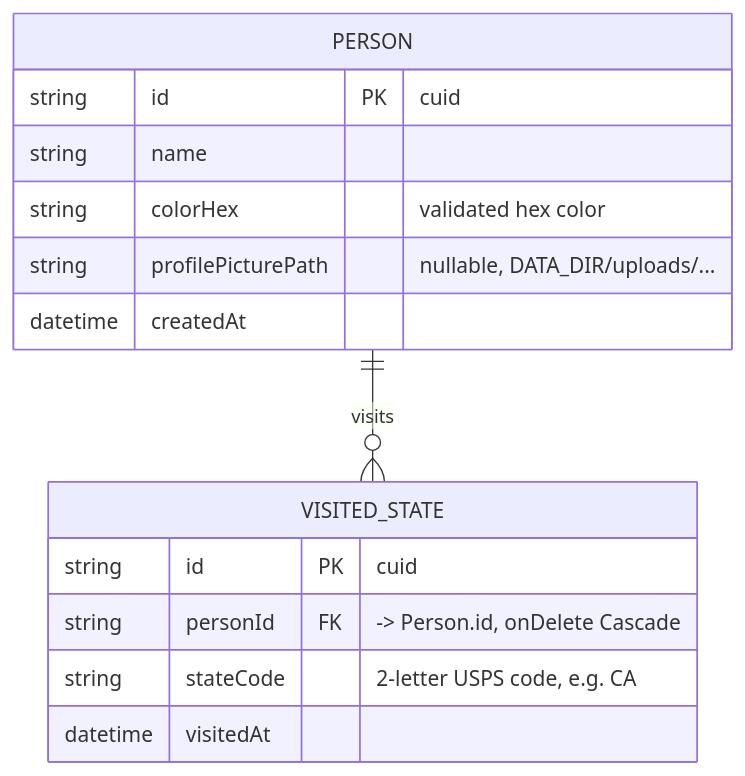
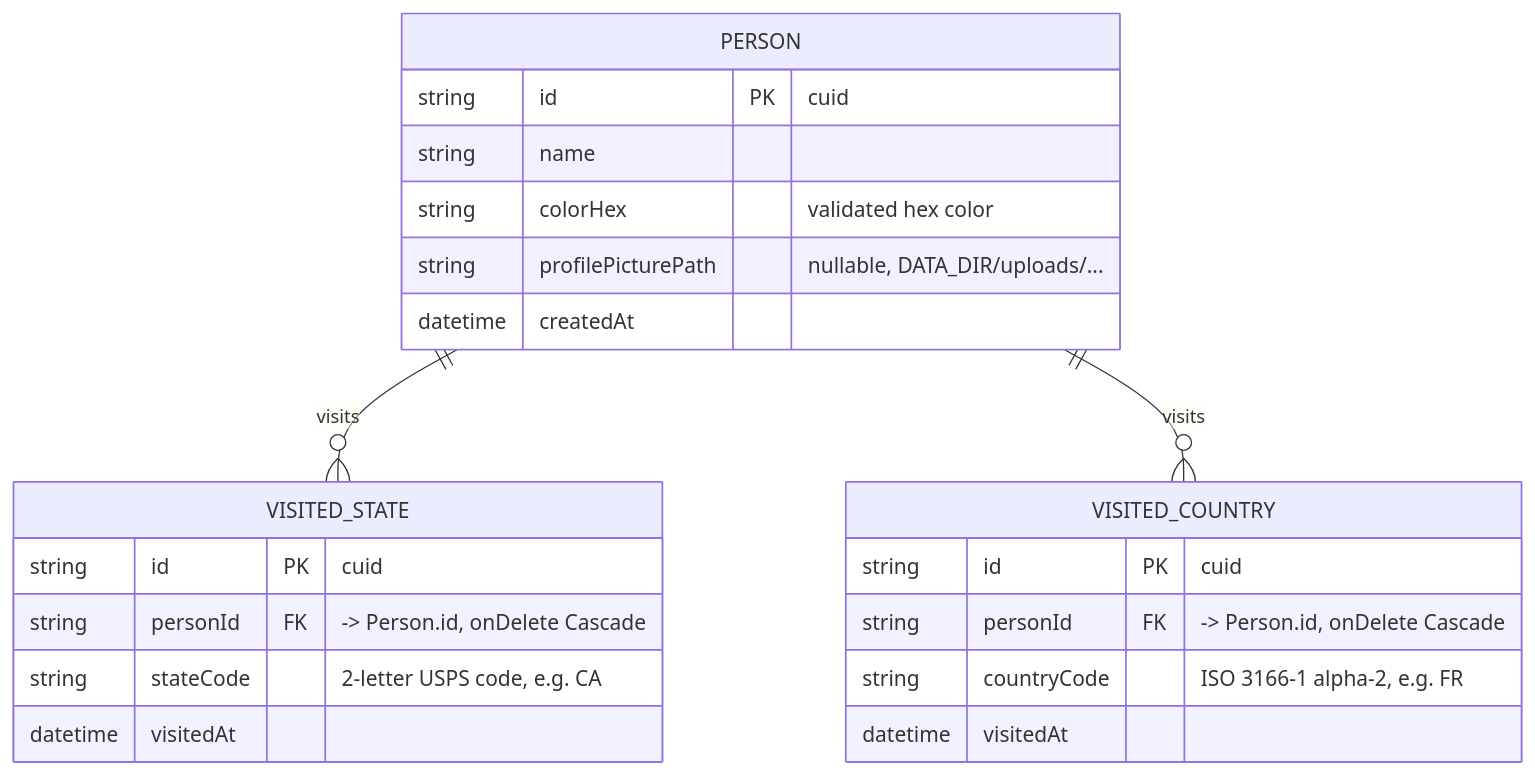
One commit to BobbyJoeCool/FamilyPassportMap changed the diagram in Documentation/diagrams/ERD.mmd. Above: the diagram before and after it, drawn with Mermaid. The commit also changed 29 other files, not shown here.

```diff
--- a/Documentation/diagrams/ERD.mmd
+++ b/Documentation/diagrams/ERD.mmd
@@ -1,26 +1,38 @@
 %% FamilyPassportMap — Master Entity-Relationship Diagram
 %% This is the single source of truth for the database schema. It must always match
 %% apps/server/prisma/schema.prisma exactly — see CLAUDE.md's "Diagram Sync Requirements".
-%% Implemented as of Phase 1 (migration 20260812220505_add_person_and_visited_state).
+%% Implemented as of Phase 8 (migrations 20260812220505_add_person_and_visited_state,
+%% 20260916173026_add_visited_country).
 
 erDiagram
     PERSON ||--o{ VISITED_STATE : "visits"
+    PERSON ||--o{ VISITED_COUNTRY : "visits"
 
     PERSON {
         string id PK "cuid"
         string name
         string colorHex "validated hex color"
         string profilePicturePath "nullable, DATA_DIR/uploads/..."
         datetime createdAt
     }
 
     VISITED_STATE {
         string id PK "cuid"
         string personId FK "-> Person.id, onDelete Cascade"
         string stateCode "2-letter USPS code, e.g. CA"
         datetime visitedAt
     }
 
-    %% Unique constraint: VISITED_STATE (personId, stateCode) — a person can only
-    %% have one VisitedState row per state.
-    %% Deleting a Person cascade-deletes their VisitedState rows.
+    VISITED_COUNTRY {
+        string id PK "cuid"
+        string personId FK "-> Person.id, onDelete Cascade"
+        string countryCode "ISO 3166-1 alpha-2, e.g. FR"
+        datetime visitedAt
+    }
+
+    %% Unique constraints: VISITED_STATE (personId, stateCode) and
+    %% VISITED_COUNTRY (personId, countryCode) — a person can only have one row per
+    %% state, and one row per country.
+    %% Deleting a Person cascade-deletes both their VisitedState and VisitedCountry rows.
+    %% VISITED_STATE and VISITED_COUNTRY are fully independent — no relation between them,
+    %% and marking the US as a visited country has no link to any visited states.
```
